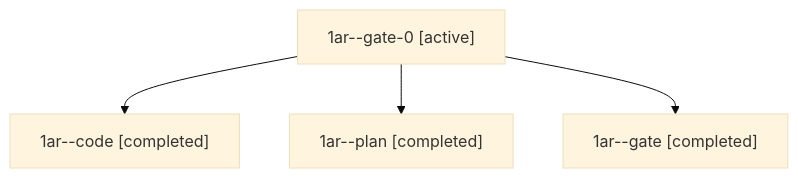
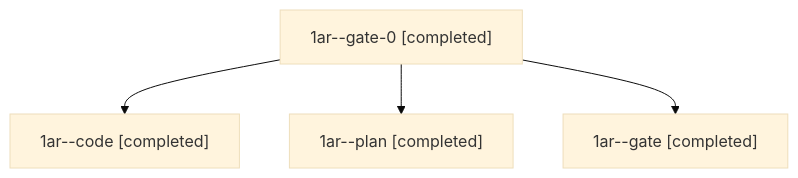
One commit to bobs-org/bob-cli--agents changed the diagram in sessions/bbugyi200.athena.1ar.md. Above: the diagram before and after it, drawn with Mermaid (base theme). The commit also changed other lines of this file and 29 other files, not shown here.

````diff
--- a/sessions/bbugyi200.athena.1ar.md
+++ b/sessions/bbugyi200.athena.1ar.md
@@ -9,10 +9,10 @@
 ```mermaid
 flowchart TD
-  n0["1ar--gate-0 [active]"]
+  n0["1ar--gate-0 [completed]"]
   n1["1ar--code [completed]"]
   n0 --> n1
   n2["1ar--plan [completed]"]
   n0 --> n2
   n3["1ar--gate [completed]"]
   n0 --> n3
 ```
````
